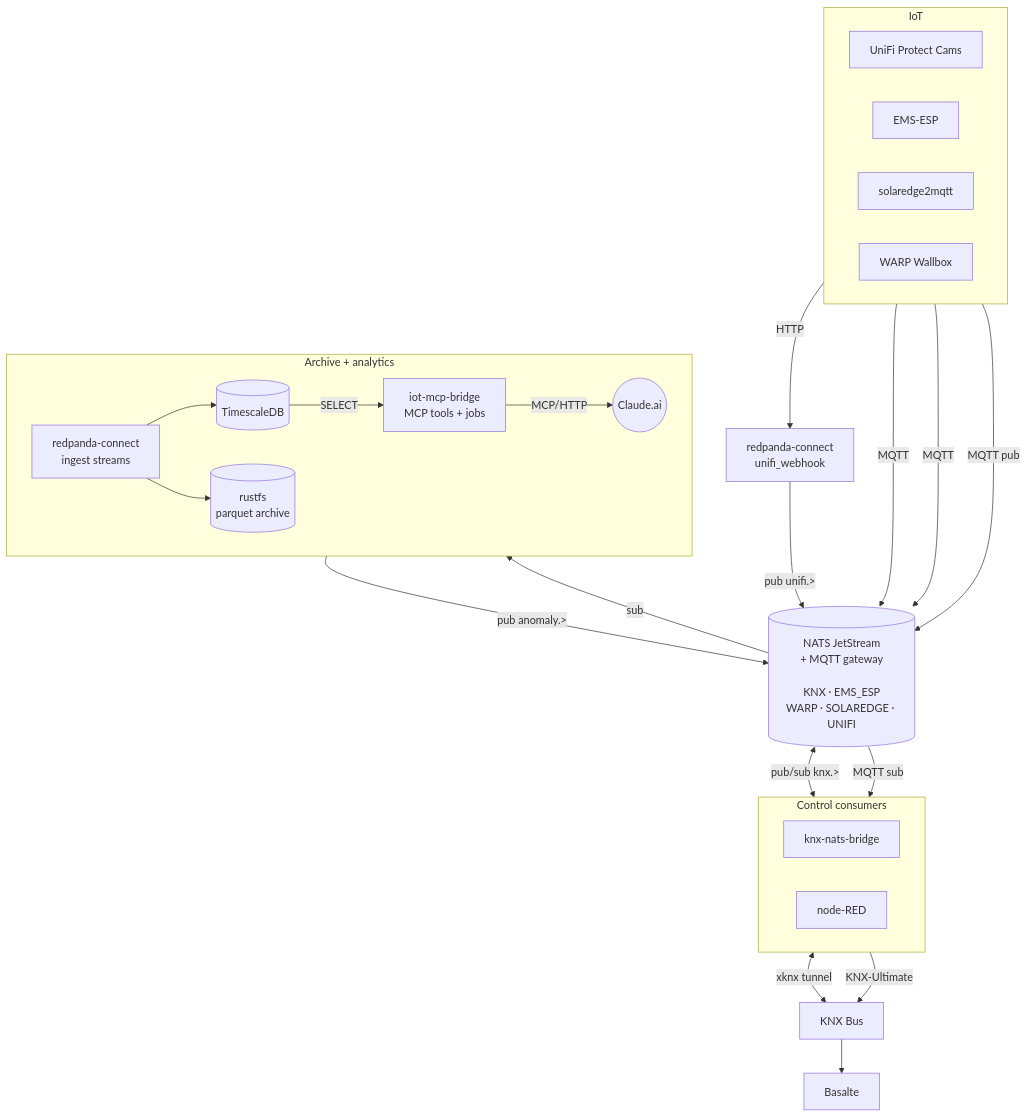
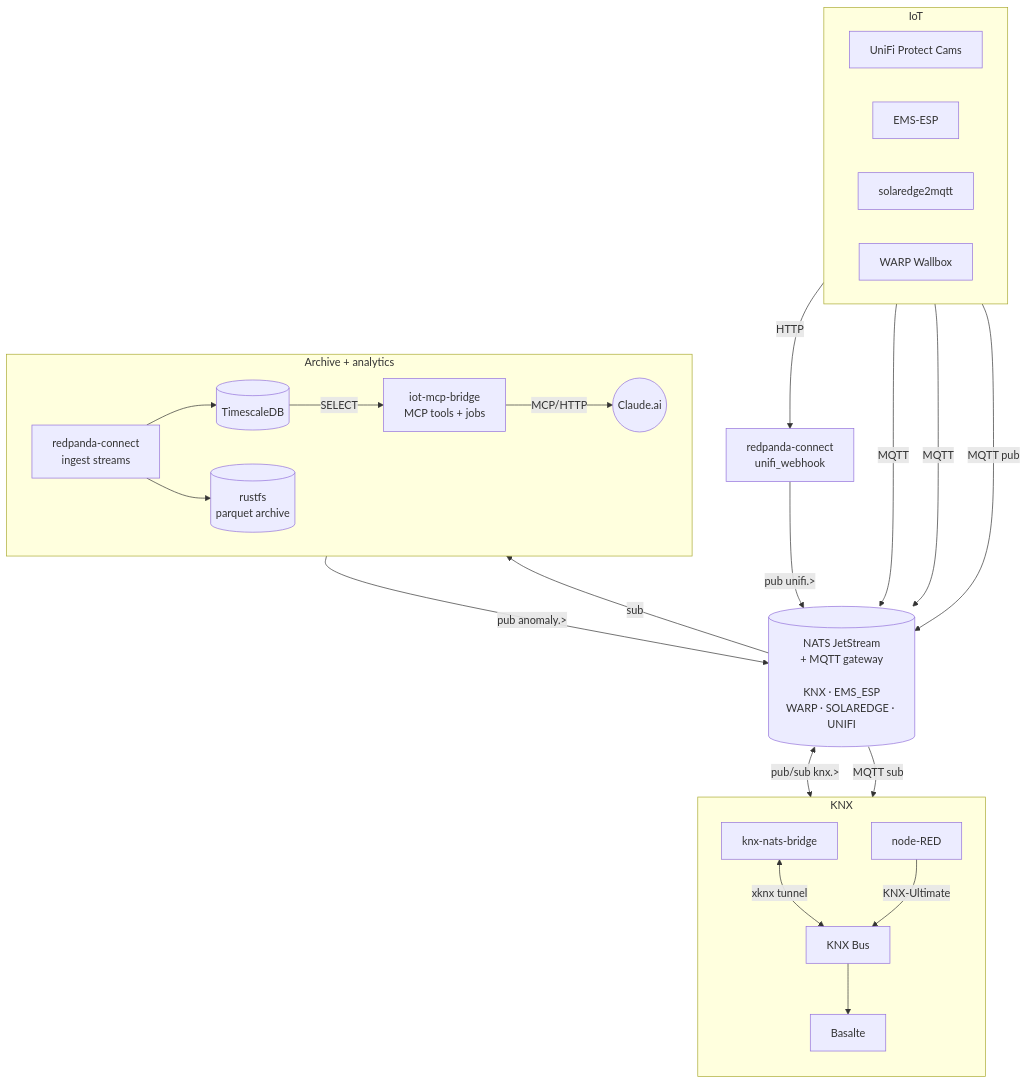
The second of 2 diagrams in README.md (alexander-zimmermann/lares), drawn with Mermaid before and after one commit.

Commit message:
docs(readme): collapse CTRL + KNX bus + Basalte into one KNX subgraph
Everything that touches the KNX bus — knx-nats-bridge, node-RED, the bus
itself, Basalte downstream — was scattered across the diagram in two
groups (the "Control consumers" subgraph plus two freestanding nodes).
Folding them into a single KNX subgraph names the actual domain and lets
mermaid keep the internal write paths (bridge → bus, node-RED → bus,
bus → Basalte) compact inside one box. Only the NATS edges cross the
boundary.

````diff
--- a/README.md
+++ b/README.md
@@ -134,51 +134,50 @@
 ```mermaid
 flowchart TB
     subgraph IOT[IoT]
         direction LR
         cam[UniFi Protect Cams]
         ems[EMS-ESP]
         pv[solaredge2mqtt]
         warp[WARP Wallbox]
     end
 
     webhook[redpanda-connect<br/>unifi_webhook]
     cam -- HTTP --> webhook
 
     nats[(NATS JetStream<br/>+ MQTT gateway<br/><br/>KNX · EMS_ESP<br/>WARP · SOLAREDGE · UNIFI)]
 
     webhook -- pub unifi.> --> nats
     ems  -- MQTT --> nats
     pv   -- MQTT --> nats
     warp -- MQTT pub --> nats
 
-    subgraph CTRL[Control consumers]
-        direction LR
+    subgraph KX[KNX]
+        direction TB
         bridge[knx-nats-bridge]
         nodered[node-RED]
+        knx[KNX Bus]
+        basalte[Basalte]
+        bridge <-- xknx tunnel --> knx
+        nodered -- KNX-Ultimate --> knx
+        knx --> basalte
     end
 
     nats <-- pub/sub knx.> --> bridge
     nats -- MQTT sub --> nodered
-
-    knx[KNX Bus]
-    basalte[Basalte]
-    bridge <-- xknx tunnel --> knx
-    nodered -- KNX-Ultimate --> knx
-    knx --> basalte
 
     subgraph ARCH[Archive + analytics]
         direction LR
         ingest[redpanda-connect<br/>ingest streams]
         tsdb[(TimescaleDB)]
         rustfs[(rustfs<br/>parquet archive)]
         mcp[iot-mcp-bridge<br/>MCP tools + jobs]
         claude((Claude.ai))
         ingest --> tsdb
         ingest --> rustfs
         tsdb -- SELECT --> mcp
         mcp -- MCP/HTTP --> claude
     end
 
     nats -- sub --> ingest
     mcp -- pub anomaly.> --> nats
 ```
````
